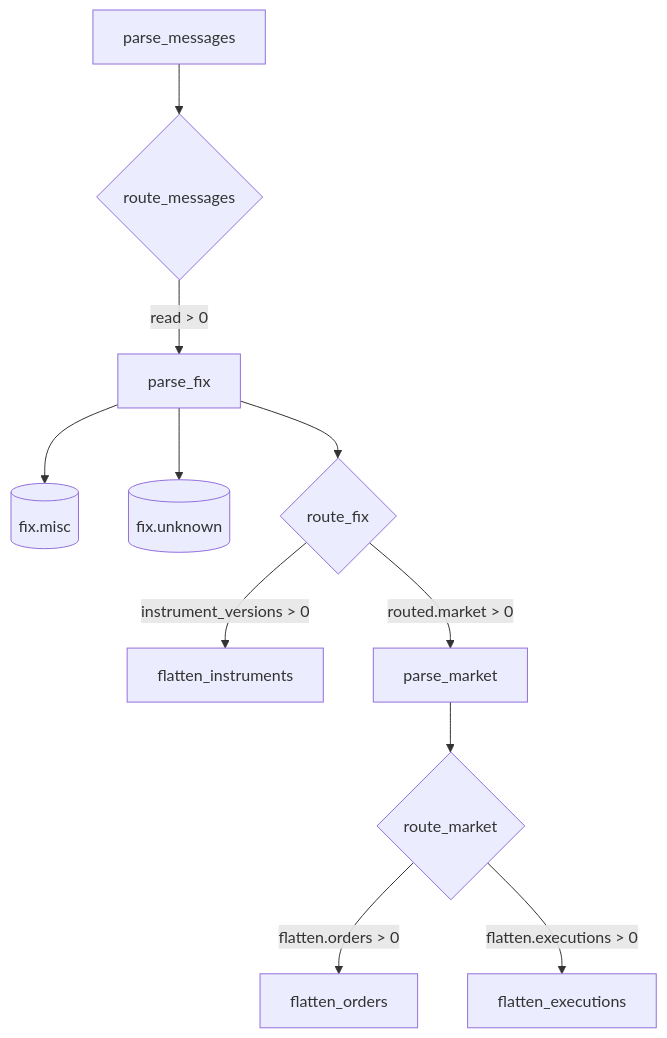
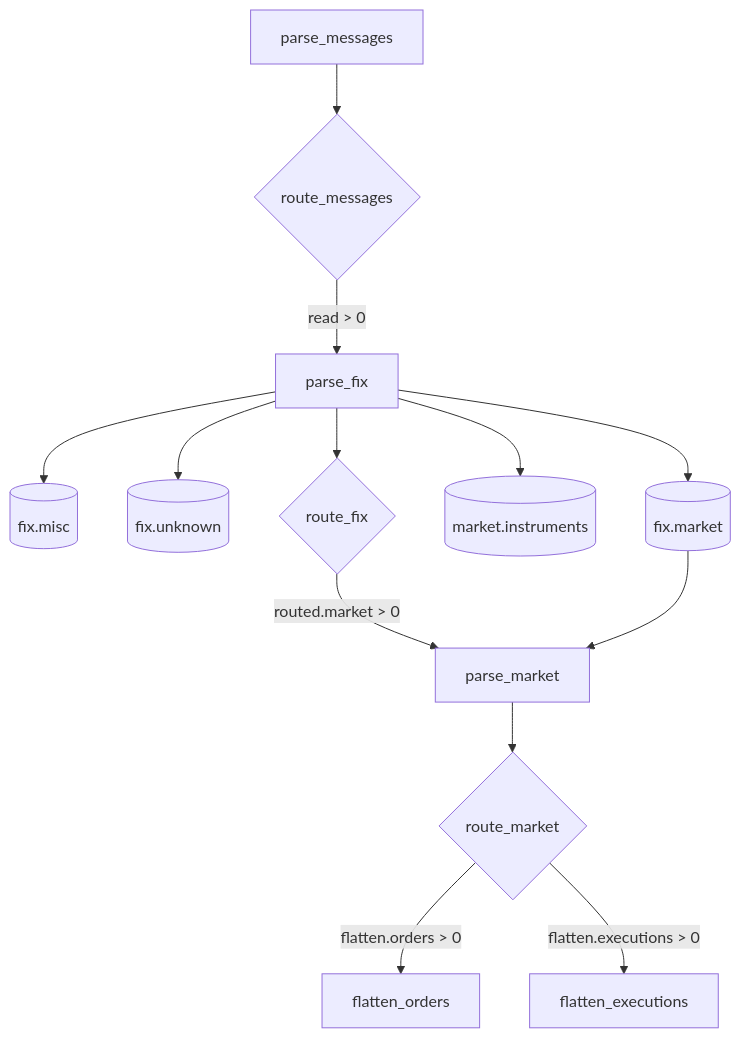
The diagram in docs/pipeline/operations/airflow.md (Platob/yggfin), drawn with Mermaid before and after one commit. The commit also changed other lines of this file and 50 other files, not shown here.

First line of the commit message:
Flatten Instrument reference data

````diff
--- a/docs/pipeline/operations/airflow.md
+++ b/docs/pipeline/operations/airflow.md
@@ -23,13 +23,15 @@
 ```mermaid
 flowchart TD
     PM[parse_messages] --> RM{route_messages}
     RM -->|read > 0| PF[parse_fix]
     PF --> XM[(fix.misc)]
     PF --> XU[(fix.unknown)]
+    PF --> FM[(fix.market)]
+    PF --> IM[(market.instruments)]
     PF --> RF{route_fix}
-    RF -->|instrument_versions > 0| FI[flatten_instruments]
     RF -->|routed.market > 0| PK[parse_market]
+    FM --> PK
     PK --> RK{route_market}
     RK -->|flatten.orders > 0| FO[flatten_orders]
     RK -->|flatten.executions > 0| FE[flatten_executions]
 ```
````
